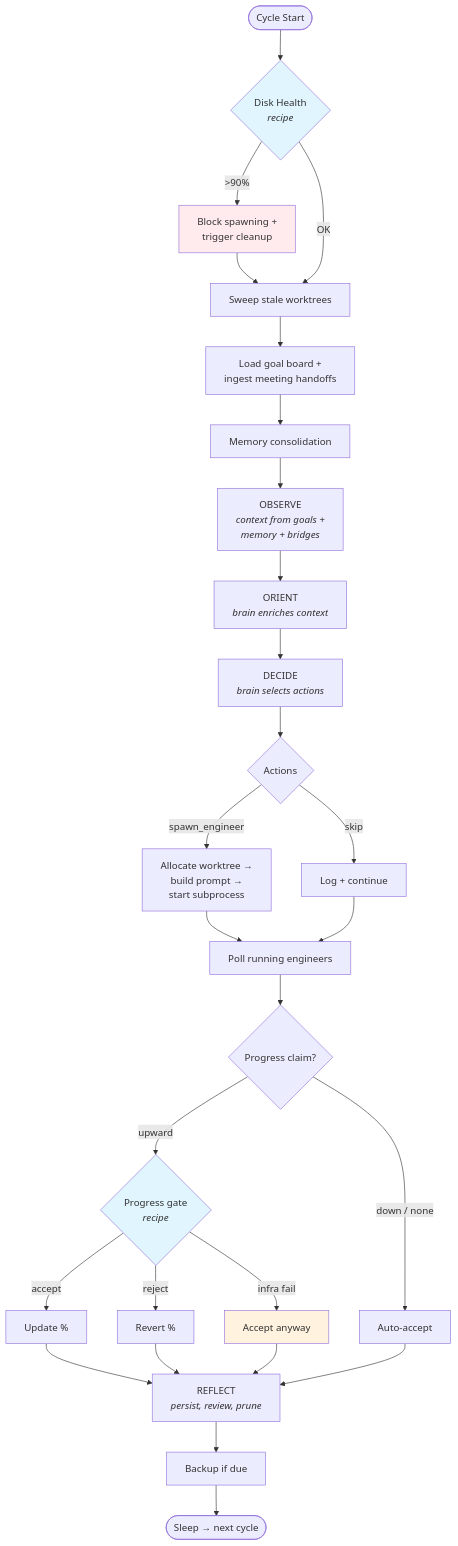
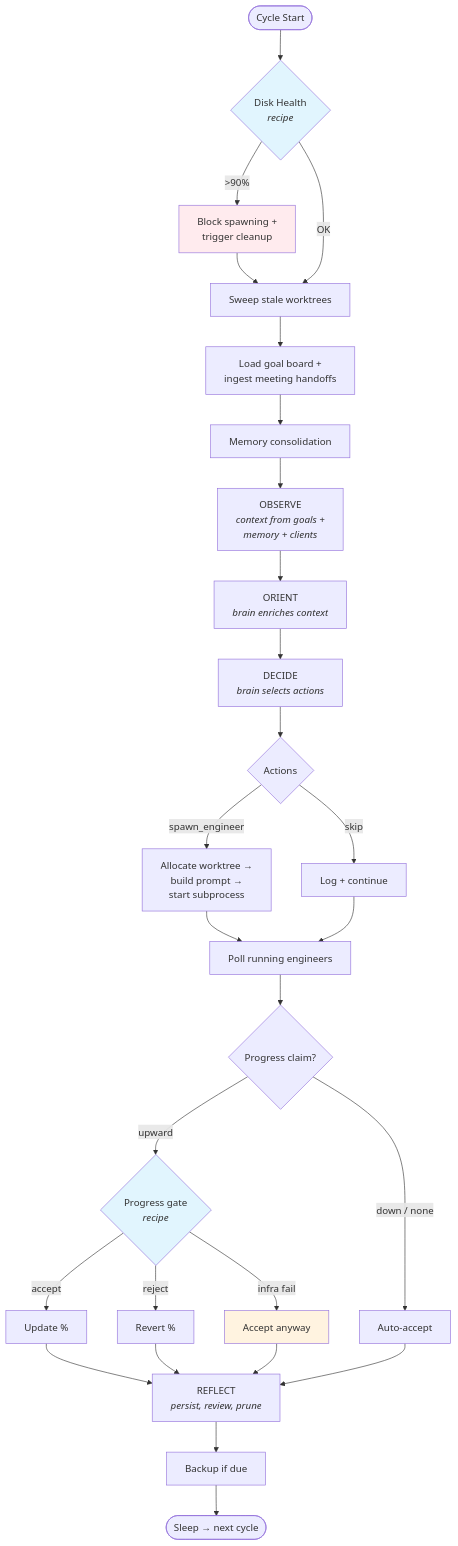
Before and after one commit to rysweet/Simard: the second of 3 diagrams in docs/architecture/system-architecture.md, drawn with Mermaid. The commit also changed other lines of this file and 327 other files, not shown here.

````diff
--- a/docs/architecture/system-architecture.md
+++ b/docs/architecture/system-architecture.md
@@ -89,36 +89,36 @@
 ```mermaid
 flowchart TD
     Start([Cycle Start]) --> Disk{Disk Health<br/><i>recipe</i>}
     Disk -->|">90%"| Block[Block spawning +<br/>trigger cleanup]
     Disk -->|"OK"| Sweep
 
     Block --> Sweep
     Sweep[Sweep stale worktrees] --> Load[Load goal board +<br/>ingest meeting handoffs]
     Load --> Mem[Memory consolidation]
-    Mem --> OBS[OBSERVE<br/><i>context from goals +<br/>memory + bridges</i>]
+    Mem --> OBS[OBSERVE<br/><i>context from goals +<br/>memory + clients</i>]
     OBS --> ORI[ORIENT<br/><i>brain enriches context</i>]
     ORI --> DEC[DECIDE<br/><i>brain selects actions</i>]
     DEC --> ACT{Actions}
 
     ACT -->|"spawn_engineer"| Spawn[Allocate worktree →<br/>build prompt →<br/>start subprocess]
     ACT -->|"skip"| Skip[Log + continue]
 
     Spawn --> Poll
     Skip --> Poll
     Poll[Poll running engineers] --> Prog{Progress claim?}
 
     Prog -->|"upward"| Gate{Progress gate<br/><i>recipe</i>}
     Prog -->|"down / none"| Auto[Auto-accept]
     Gate -->|"accept"| Up[Update %]
     Gate -->|"reject"| Rev[Revert %]
     Gate -->|"infra fail"| Safe[Accept anyway]
 
     Up & Rev & Auto & Safe --> REF[REFLECT<br/><i>persist, review, prune</i>]
     REF --> Bak[Backup if due]
     Bak --> End([Sleep → next cycle])
 
     style Disk fill:#e1f5fe
     style Gate fill:#e1f5fe
     style Block fill:#ffebee
     style Safe fill:#fff3e0
 ```
````
